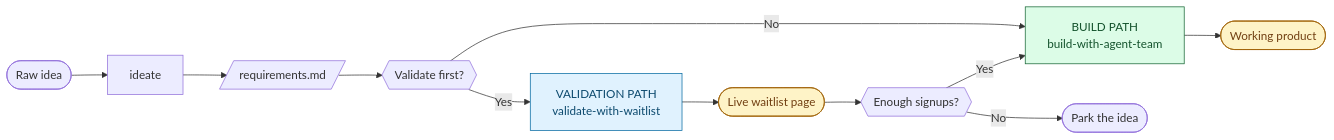
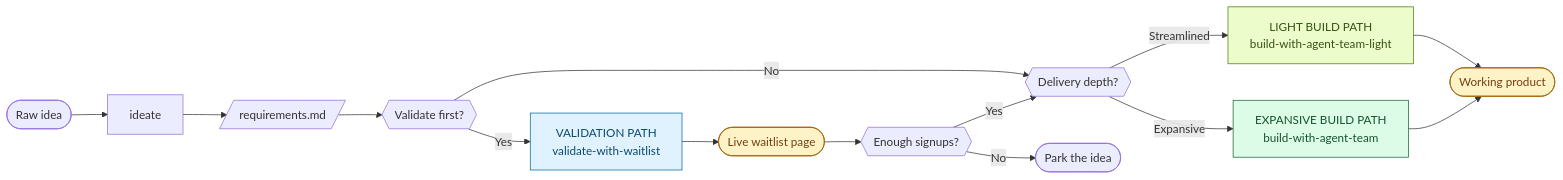
One commit to sjmeehan9/tycoon changed the third of 11 diagrams in supporting-files/AGENT_FLOWS.md. Above: the diagram before and after it, drawn with Mermaid. The commit also changed other lines of this file and 67 other files, not shown here.

````diff
--- a/supporting-files/AGENT_FLOWS.md
+++ b/supporting-files/AGENT_FLOWS.md
@@ -65,18 +70,22 @@
 ```mermaid
 flowchart LR
     Idea([Raw idea]) --> Ideate[ideate]
     Ideate --> Reqs[/requirements.md/]
     Reqs --> Decision{{Validate first?}}
     Decision -->|Yes| ValidatePath["VALIDATION PATH<br/>validate-with-waitlist"]
-    Decision -->|No| BuildPath["BUILD PATH<br/>build-with-agent-team"]
+    Decision -->|No| Depth{{Delivery depth?}}
+    Depth -->|Streamlined| LightPath["LIGHT BUILD PATH<br/>build-with-agent-team-light"]
+    Depth -->|Expansive| BuildPath["EXPANSIVE BUILD PATH<br/>build-with-agent-team"]
     ValidatePath --> Waitlist([Live waitlist page])
     Waitlist --> Signal{{Enough signups?}}
-    Signal -->|Yes| BuildPath
+    Signal -->|Yes| Depth
     Signal -->|No| Park([Park the idea])
-    BuildPath --> Product([Working product])
+    LightPath --> Product([Working product])
+    BuildPath --> Product
 
     style ValidatePath fill:#e0f2fe,stroke:#0369a1,color:#0c4a6e
+    style LightPath fill:#ecfccb,stroke:#4d7c0f,color:#365314
     style BuildPath fill:#dcfce7,stroke:#166534,color:#14532d
     style Waitlist fill:#fef3c7,stroke:#a16207,color:#713f12
     style Product fill:#fef3c7,stroke:#a16207,color:#713f12
 ```
````
